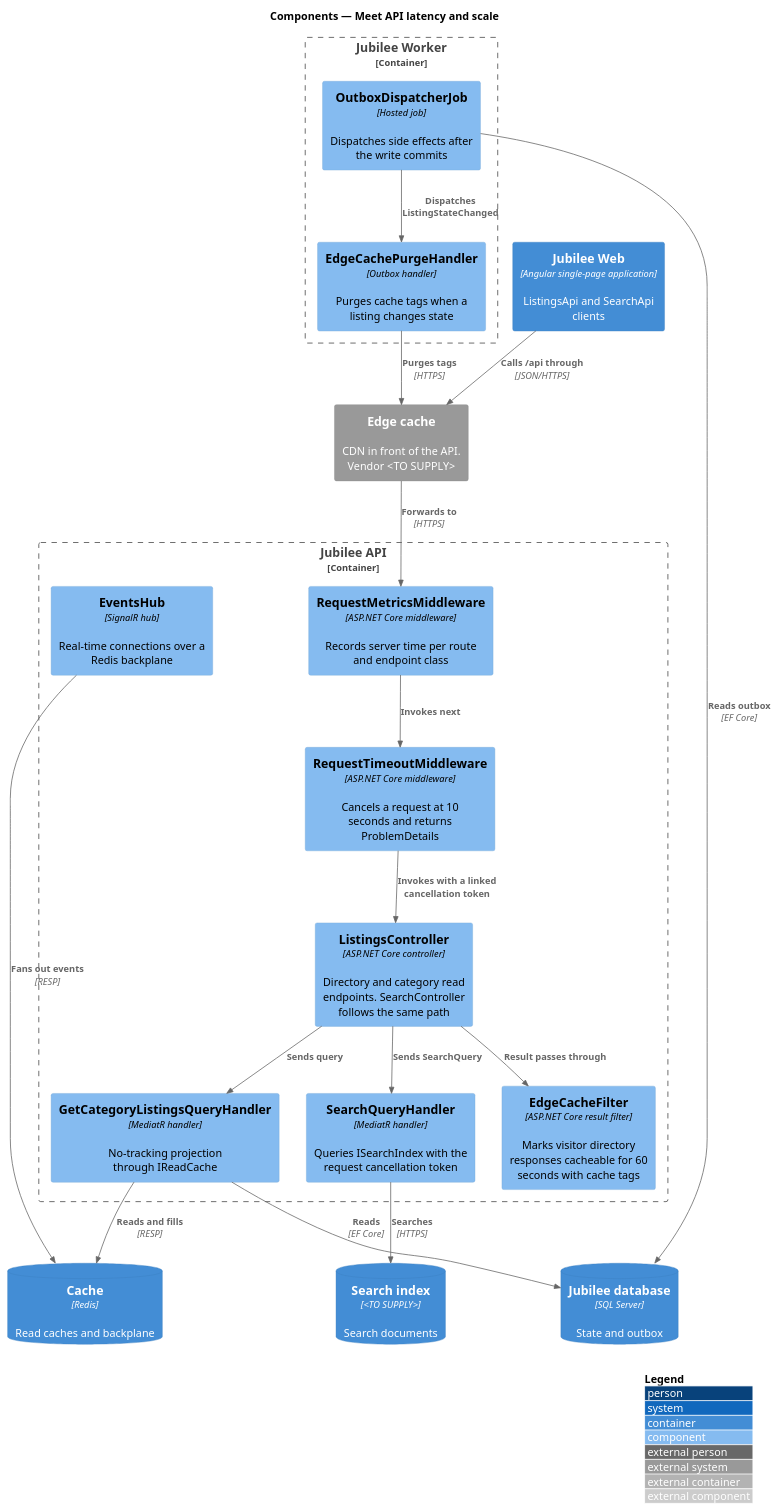
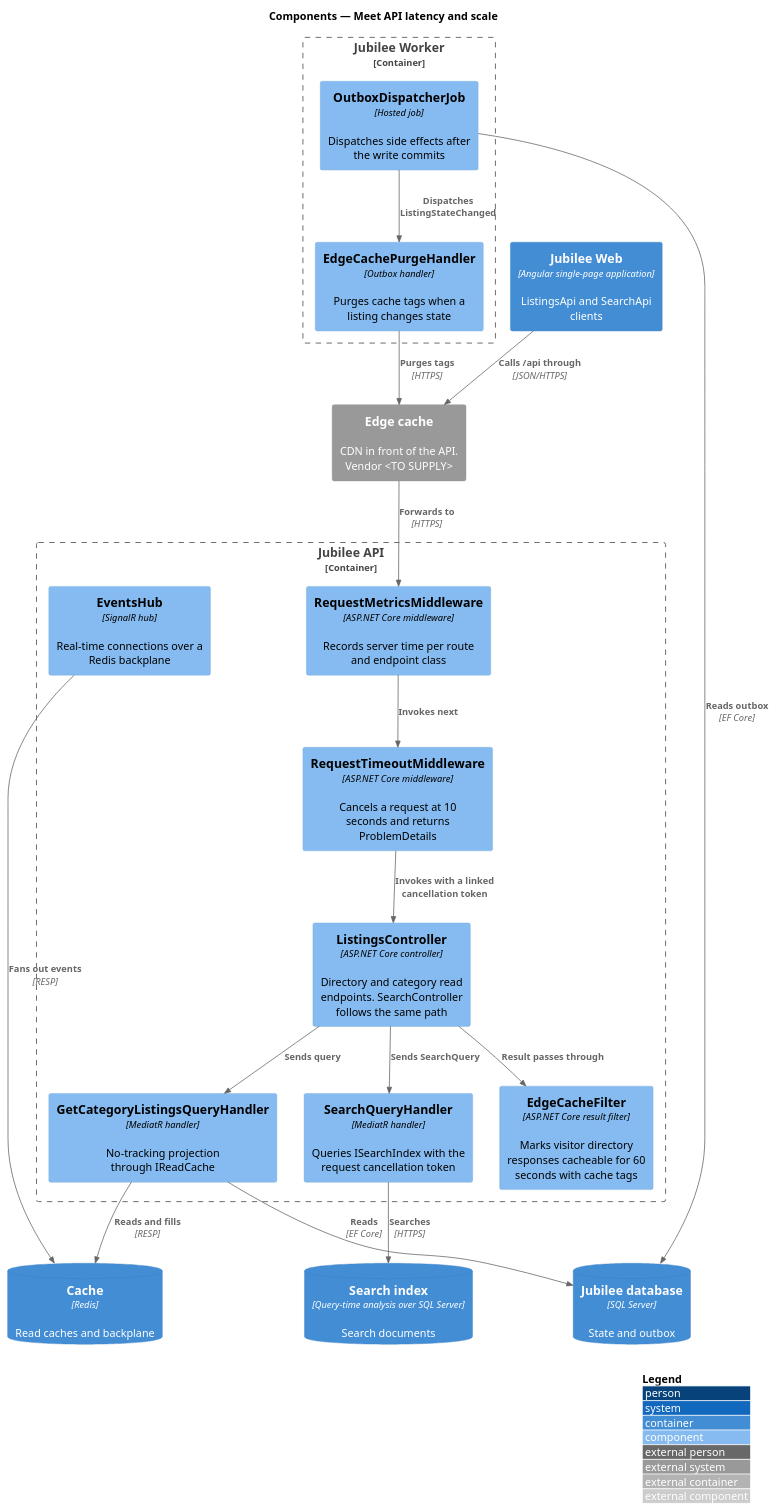
The diagram in docs/detailed-designs/performance/meet-api-latency-and-scale/diagrams/c4-component.puml (QuinntyneBrown/jubilee), drawn with PlantUML before and after one commit. The commit also changed 34 other files, not shown here.

First line of the commit message:
Search: the index over the database is the final design, with no indexing job (ADR 0011, L2-029 AC7)

```diff
--- a/docs/detailed-designs/performance/meet-api-latency-and-scale/diagrams/c4-component.puml
+++ b/docs/detailed-designs/performance/meet-api-latency-and-scale/diagrams/c4-component.puml
@@ -1,39 +1,39 @@
 @startuml
 !include <C4/C4_Component>
 LAYOUT_WITH_LEGEND()
 title Components — Meet API latency and scale
 
 Container(web, "Jubilee Web", "Angular single-page application", "ListingsApi and SearchApi clients")
 System_Ext(edge, "Edge cache", "CDN in front of the API. Vendor <TO SUPPLY>")
 Container_Boundary(api, "Jubilee API") {
   Component(metrics, "RequestMetricsMiddleware", "ASP.NET Core middleware", "Records server time per route and endpoint class")
   Component(timeout, "RequestTimeoutMiddleware", "ASP.NET Core middleware", "Cancels a request at 10 seconds and returns ProblemDetails")
   Component(edgefilter, "EdgeCacheFilter", "ASP.NET Core result filter", "Marks visitor directory responses cacheable for 60 seconds with cache tags")
   Component(listings, "ListingsController", "ASP.NET Core controller", "Directory and category read endpoints. SearchController follows the same path")
   Component(handler, "GetCategoryListingsQueryHandler", "MediatR handler", "No-tracking projection through IReadCache")
   Component(searchh, "SearchQueryHandler", "MediatR handler", "Queries ISearchIndex with the request cancellation token")
   Component(hub, "EventsHub", "SignalR hub", "Real-time connections over a Redis backplane")
 }
 Container_Boundary(worker, "Jubilee Worker") {
   Component(dispatcher, "OutboxDispatcherJob", "Hosted job", "Dispatches side effects after the write commits")
   Component(purger, "EdgeCachePurgeHandler", "Outbox handler", "Purges cache tags when a listing changes state")
 }
 ContainerDb(db, "Jubilee database", "SQL Server", "State and outbox")
 ContainerDb(cache, "Cache", "Redis", "Read caches and backplane")
-ContainerDb(search, "Search index", "<TO SUPPLY>", "Search documents")
+ContainerDb(search, "Search index", "Query-time analysis over SQL Server", "Search documents")
 
 Rel(web, edge, "Calls /api through", "JSON/HTTPS")
 Rel(edge, metrics, "Forwards to", "HTTPS")
 Rel(metrics, timeout, "Invokes next")
 Rel(timeout, listings, "Invokes with a linked cancellation token")
 Rel(listings, edgefilter, "Result passes through")
 Rel(listings, handler, "Sends query")
 Rel(listings, searchh, "Sends SearchQuery")
 Rel(handler, cache, "Reads and fills", "RESP")
 Rel(handler, db, "Reads", "EF Core")
 Rel(searchh, search, "Searches", "HTTPS")
 Rel(dispatcher, db, "Reads outbox", "EF Core")
 Rel(dispatcher, purger, "Dispatches ListingStateChanged")
 Rel(purger, edge, "Purges tags", "HTTPS")
 Rel(hub, cache, "Fans out events", "RESP")
 @enduml
```
